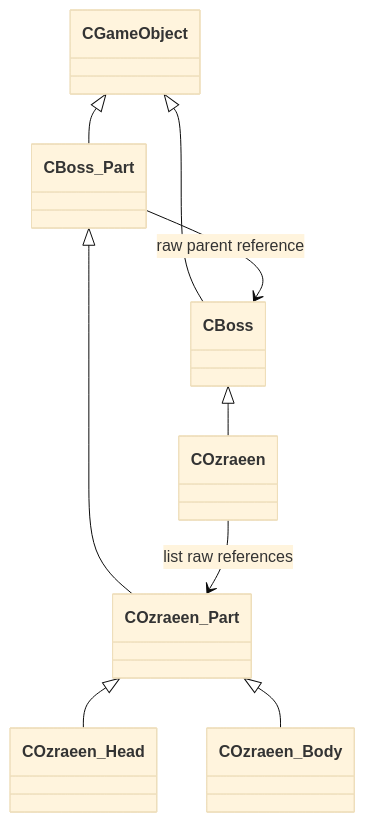
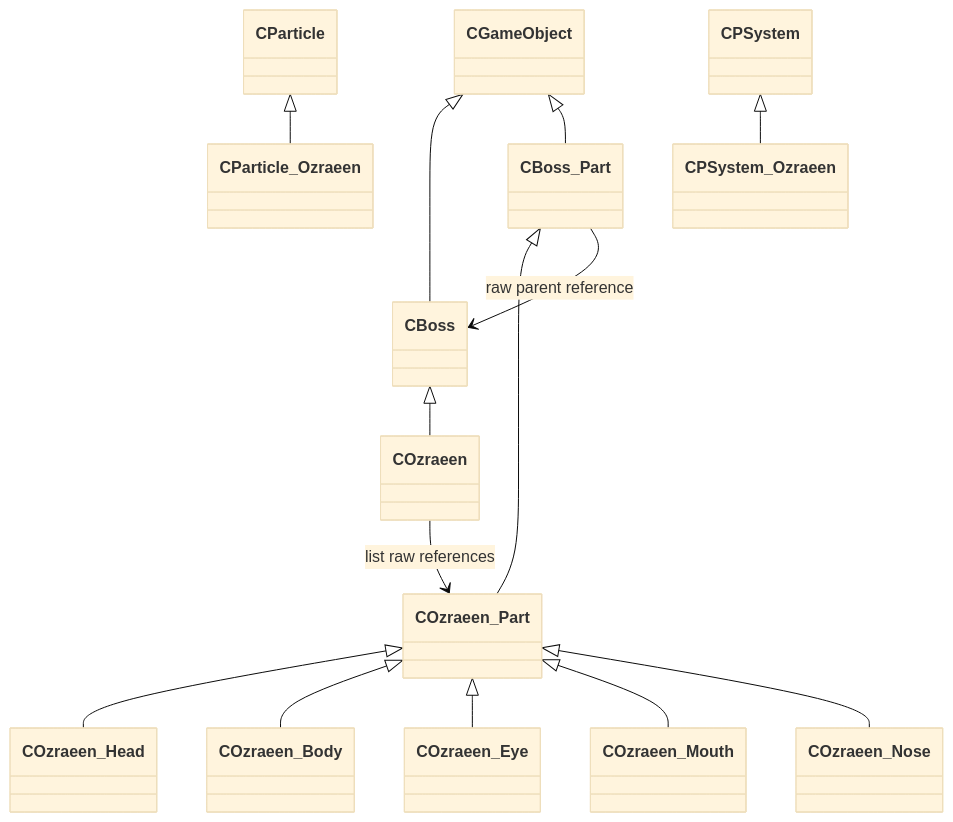
Before and after one commit to enopid/GameProgramming-Portfolio: the diagram in Content/Toodee-and-Topdee/Boss/README.md, drawn with Mermaid (base theme). The commit also changed other lines of this file and 59 other files, not shown here.

````diff
--- a/Content/Toodee-and-Topdee/Boss/README.md
+++ b/Content/Toodee-and-Topdee/Boss/README.md
@@ -7,11 +7,16 @@
 ```mermaid
 classDiagram
     CGameObject <|-- CBoss
     CGameObject <|-- CBoss_Part
     CBoss <|-- COzraeen
     CBoss_Part <|-- COzraeen_Part
     COzraeen_Part <|-- COzraeen_Head
     COzraeen_Part <|-- COzraeen_Body
+    COzraeen_Part <|-- COzraeen_Eye
+    COzraeen_Part <|-- COzraeen_Mouth
+    COzraeen_Part <|-- COzraeen_Nose
+    CParticle <|-- CParticle_Ozraeen
+    CPSystem <|-- CPSystem_Ozraeen
     CBoss_Part --> CBoss : raw parent reference
     COzraeen --> COzraeen_Part : list raw references
 ```
````
